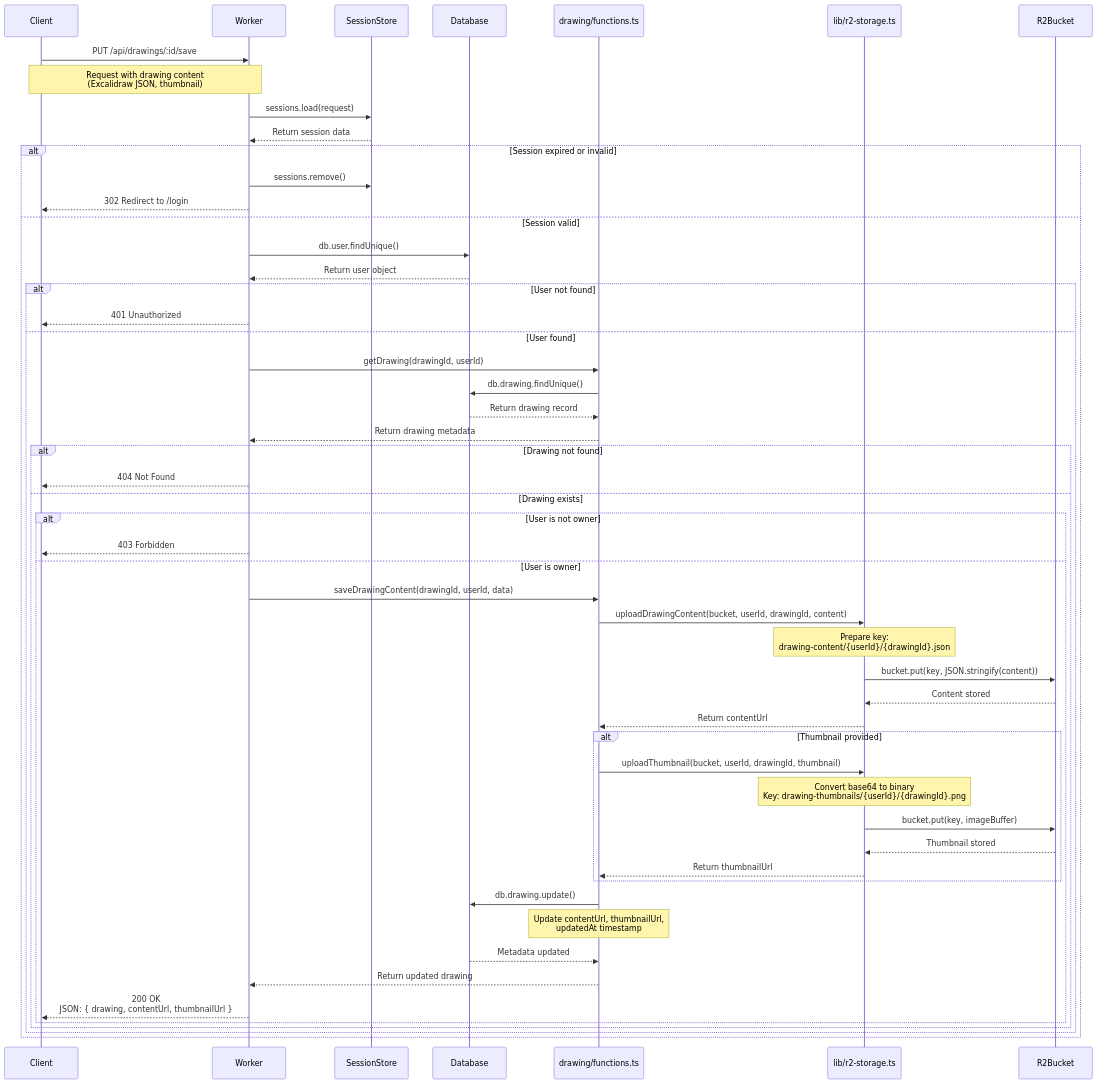
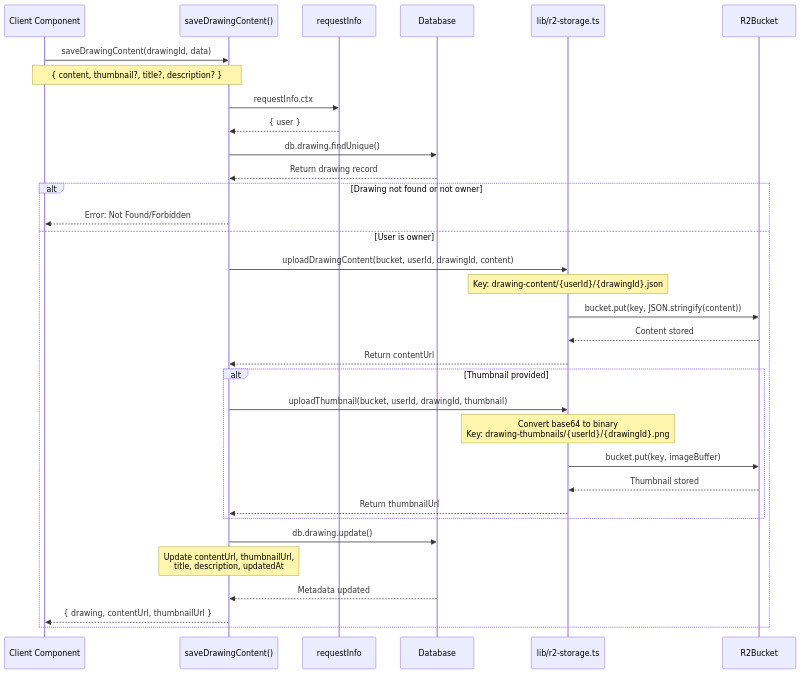
One commit to pddhkt/excalidraw-redwood-app changed the third of 6 diagrams in DRAWING_API_DOCUMENTATION.md. Above: the diagram before and after it, drawn with Mermaid. The commit also changed other lines of this file, not shown here.

First line of the commit message:
Update drawing API documentation to use RedwoodSDK server functions

````diff
--- a/DRAWING_API_DOCUMENTATION.md
+++ b/DRAWING_API_DOCUMENTATION.md
@@ -236,64 +247,41 @@
 ```mermaid
 sequenceDiagram
-    participant Client
-    participant Worker
-    participant SessionStore
+    participant ClientComponent as Client Component
+    participant ServerFunction as saveDrawingContent()
+    participant RequestInfo as requestInfo
     participant Database
-    participant Functions as drawing/functions.ts
     participant R2Utils as lib/r2-storage.ts
     participant R2Bucket
 
-    Client->>Worker: PUT /api/drawings/:id/save
-    Note over Client,Worker: Request with drawing content<br/>(Excalidraw JSON, thumbnail)
+    ClientComponent->>ServerFunction: saveDrawingContent(drawingId, data)
+    Note over ClientComponent,ServerFunction: { content, thumbnail?, title?, description? }
 
-    Worker->>SessionStore: sessions.load(request)
-    SessionStore-->>Worker: Return session data
+    ServerFunction->>RequestInfo: requestInfo.ctx
+    RequestInfo-->>ServerFunction: { user }
 
-    alt Session expired or invalid
-        Worker->>SessionStore: sessions.remove()
-        Worker-->>Client: 302 Redirect to /login
-    else Session valid
-        Worker->>Database: db.user.findUnique()
-        Database-->>Worker: Return user object
+    ServerFunction->>Database: db.drawing.findUnique()
+    Database-->>ServerFunction: Return drawing record
 
-        alt User not found
-            Worker-->>Client: 401 Unauthorized
-        else User found
-            Worker->>Functions: getDrawing(drawingId, userId)
-            Functions->>Database: db.drawing.findUnique()
-            Database-->>Functions: Return drawing record
-            Functions-->>Worker: Return drawing metadata
+    alt Drawing not found or not owner
+        ServerFunction-->>ClientComponent: Error: Not Found/Forbidden
+    else User is owner
+        ServerFunction->>R2Utils: uploadDrawingContent(bucket, userId, drawingId, content)
+        Note over R2Utils: Key: drawing-content/{userId}/{drawingId}.json
+        R2Utils->>R2Bucket: bucket.put(key, JSON.stringify(content))
+        R2Bucket-->>R2Utils: Content stored
+        R2Utils-->>ServerFunction: Return contentUrl
 
-            alt Drawing not found
-                Worker-->>Client: 404 Not Found
-            else Drawing exists
-                alt User is not owner
-                    Worker-->>Client: 403 Forbidden
-                else User is owner
-                    Worker->>Functions: saveDrawingContent(drawingId, userId, data)
+        alt Thumbnail provided
+            ServerFunction->>R2Utils: uploadThumbnail(bucket, userId, drawingId, thumbnail)
+            Note over R2Utils: Convert base64 to binary<br/>Key: drawing-thumbnails/{userId}/{drawingId}.png
+            R2Utils->>R2Bucket: bucket.put(key, imageBuffer)
+            R2Bucket-->>R2Utils: Thumbnail stored
+            R2Utils-->>ServerFunction: Return thumbnailUrl
+        end
 
-                    Functions->>R2Utils: uploadDrawingContent(bucket, userId, drawingId, content)
-                    Note over R2Utils: Prepare key:<br/>drawing-content/{userId}/{drawingId}.json
-                    R2Utils->>R2Bucket: bucket.put(key, JSON.stringify(content))
-                    R2Bucket-->>R2Utils: Content stored
-                    R2Utils-->>Functions: Return contentUrl
-
-                    alt Thumbnail provided
-                        Functions->>R2Utils: uploadThumbnail(bucket, userId, drawingId, thumbnail)
-                        Note over R2Utils: Convert base64 to binary<br/>Key: drawing-thumbnails/{userId}/{drawingId}.png
-                        R2Utils->>R2Bucket: bucket.put(key, imageBuffer)
-                        R2Bucket-->>R2Utils: Thumbnail stored
-                        R2Utils-->>Functions: Return thumbnailUrl
-                    end
-
-                    Functions->>Database: db.drawing.update()
-                    Note over Functions: Update contentUrl, thumbnailUrl,<br/>updatedAt timestamp
-                    Database-->>Functions: Metadata updated
-                    Functions-->>Worker: Return updated drawing
-
-                    Worker-->>Client: 200 OK<br/>JSON: { drawing, contentUrl, thumbnailUrl }
-                end
-            end
-        end
+        ServerFunction->>Database: db.drawing.update()
+        Note over ServerFunction: Update contentUrl, thumbnailUrl,<br/>title, description, updatedAt
+        Database-->>ServerFunction: Metadata updated
+        ServerFunction-->>ClientComponent: { drawing, contentUrl, thumbnailUrl }
     end
 ```
````
